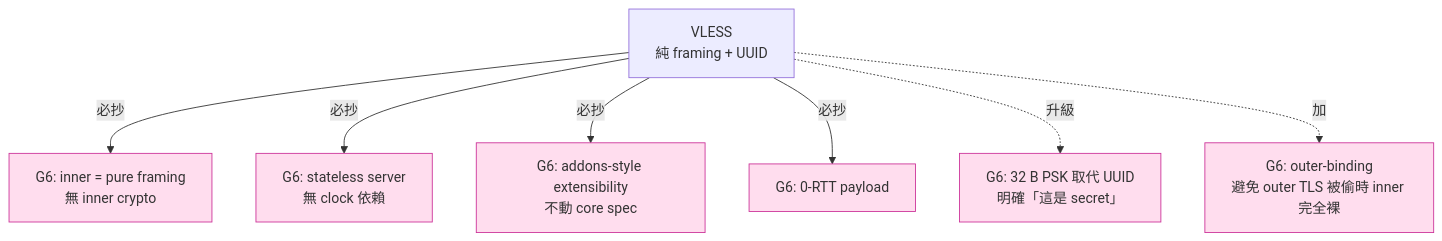
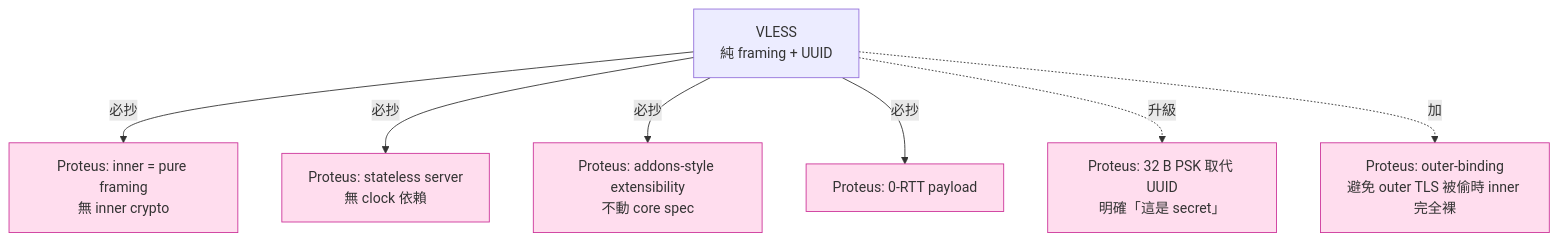
The second of 2 diagrams in lessons/part-7-proxy-protocols/7.8-vless.md (Icarus603/network-from-scratch), drawn with Mermaid before and after one commit. The commit also changed other lines of this file and 300 other files, not shown here.

````diff
--- a/lessons/part-7-proxy-protocols/7.8-vless.md
+++ b/lessons/part-7-proxy-protocols/7.8-vless.md
@@ -423,13 +423,13 @@
 ```mermaid
 flowchart TD
     VLESS[VLESS<br/>純 framing + UUID]
-    VLESS -- 必抄 --> G_F[G6: inner = pure framing<br/>無 inner crypto]
-    VLESS -- 必抄 --> G_S[G6: stateless server<br/>無 clock 依賴]
-    VLESS -- 必抄 --> G_AD[G6: addons-style extensibility<br/>不動 core spec]
-    VLESS -- 必抄 --> G_0[G6: 0-RTT payload]
-    VLESS -. 升級 .-> G_PSK[G6: 32 B PSK 取代 UUID<br/>明確「這是 secret」]
-    VLESS -. 加 .-> G_CB[G6: outer-binding<br/>避免 outer TLS 被偷時 inner 完全裸]
+    VLESS -- 必抄 --> G_F[Proteus: inner = pure framing<br/>無 inner crypto]
+    VLESS -- 必抄 --> G_S[Proteus: stateless server<br/>無 clock 依賴]
+    VLESS -- 必抄 --> G_AD[Proteus: addons-style extensibility<br/>不動 core spec]
+    VLESS -- 必抄 --> G_0[Proteus: 0-RTT payload]
+    VLESS -. 升級 .-> G_PSK[Proteus: 32 B PSK 取代 UUID<br/>明確「這是 secret」]
+    VLESS -. 加 .-> G_CB[Proteus: outer-binding<br/>避免 outer TLS 被偷時 inner 完全裸]
 
     classDef ours fill:#fde,stroke:#c39
     class G_F,G_S,G_AD,G_0,G_PSK,G_CB ours
 ```
````
